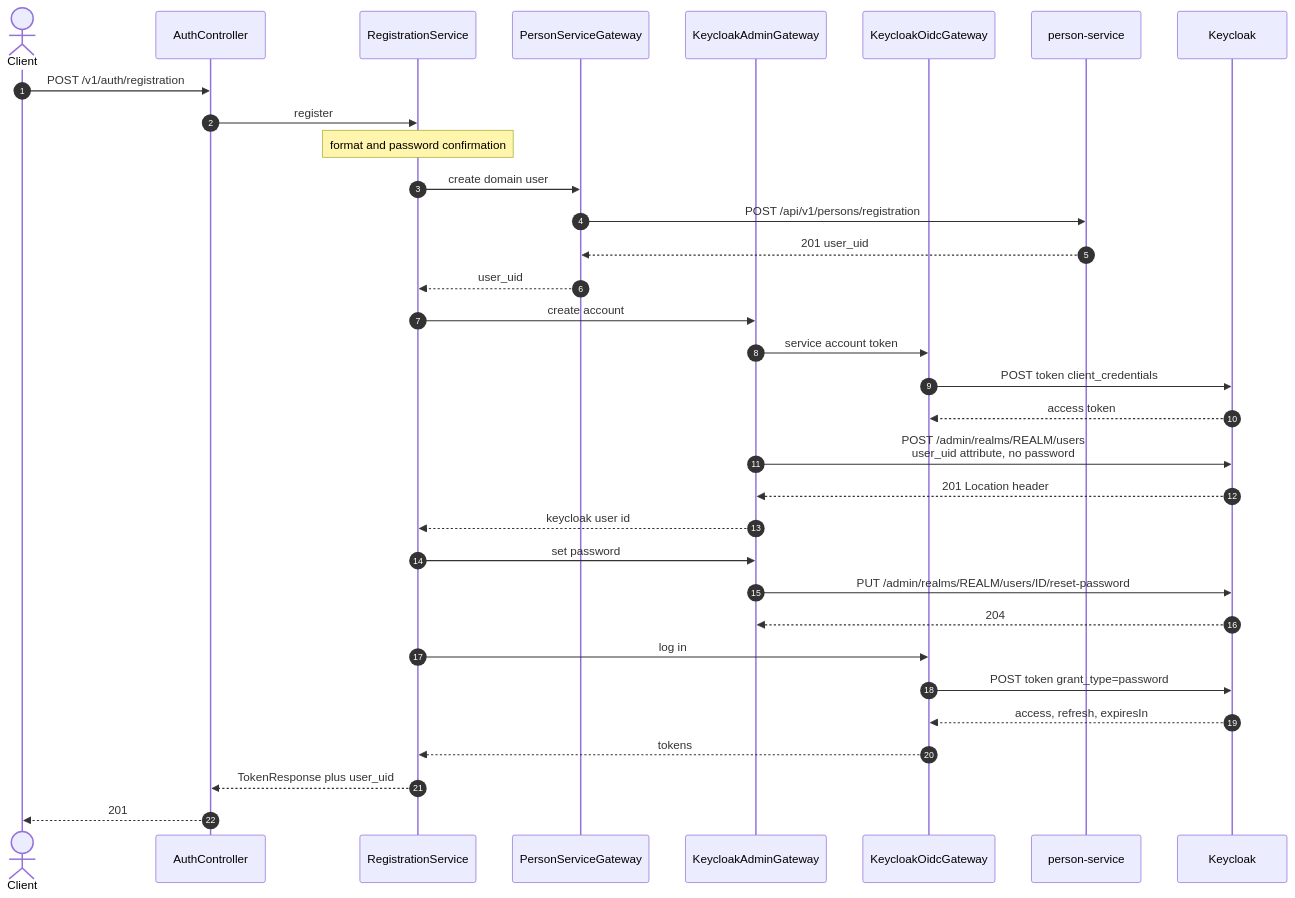
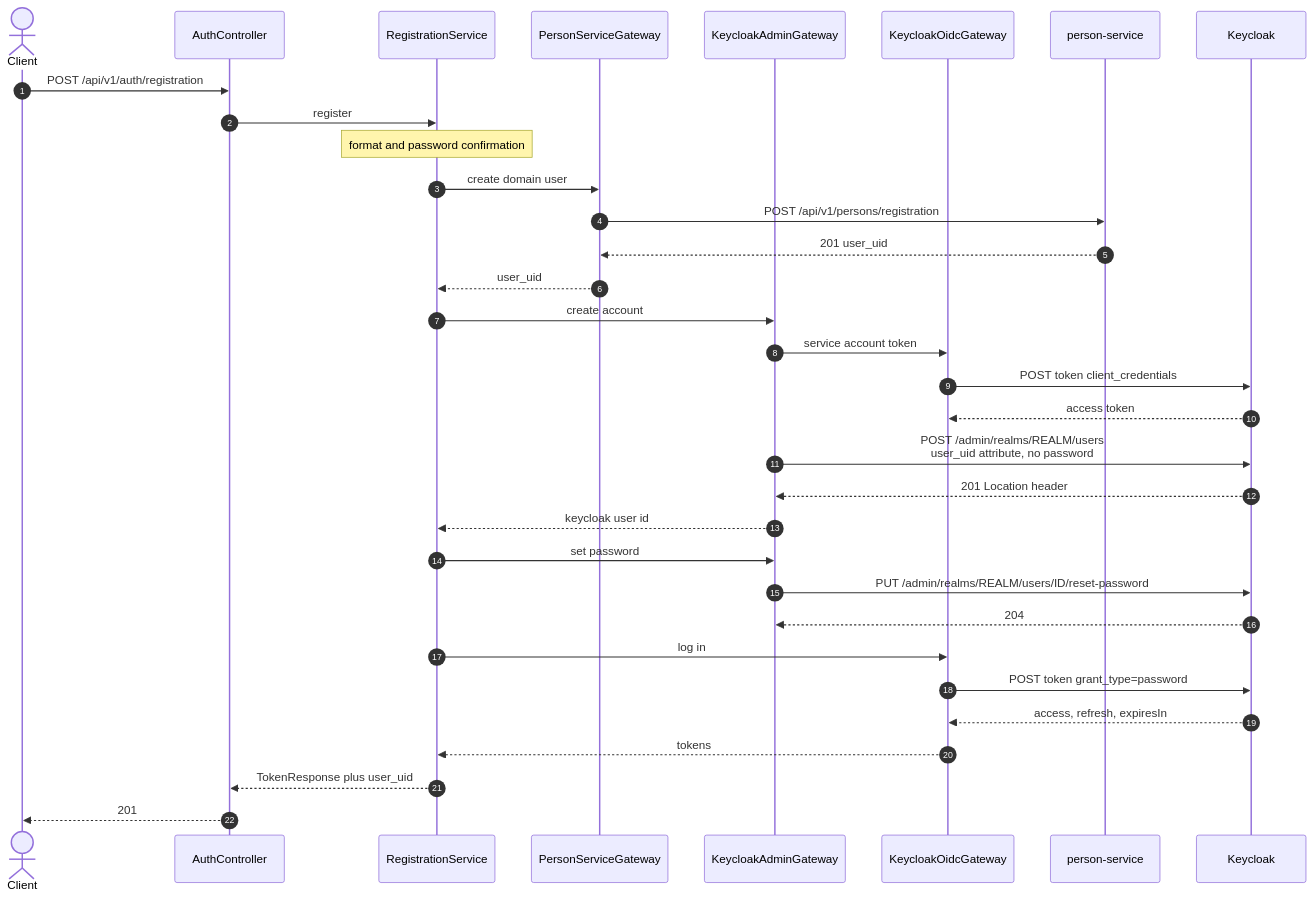
Before and after one commit to dezxxx/payment-platform: the first of 4 diagrams in CONTEXT.md, drawn with Mermaid. The commit also changed other lines of this file and 4 other files, not shown here.

````diff
--- a/CONTEXT.md
+++ b/CONTEXT.md
@@ -446,36 +446,36 @@
 ```mermaid
 sequenceDiagram
     autonumber
     actor Client
     participant Ctl as AuthController
     participant Svc as RegistrationService
     participant PGw as PersonServiceGateway
     participant AGw as KeycloakAdminGateway
     participant OGw as KeycloakOidcGateway
     participant Ps as person-service
     participant Kc as Keycloak
 
-    Client->>Ctl: POST /v1/auth/registration
+    Client->>Ctl: POST /api/v1/auth/registration
     Ctl->>Svc: register
     Note over Svc: format and password confirmation
     Svc->>PGw: create domain user
     PGw->>Ps: POST /api/v1/persons/registration
     Ps-->>PGw: 201 user_uid
     PGw-->>Svc: user_uid
     Svc->>AGw: create account
     AGw->>OGw: service account token
     OGw->>Kc: POST token client_credentials
     Kc-->>OGw: access token
     AGw->>Kc: POST /admin/realms/REALM/users<br/>user_uid attribute, no password
     Kc-->>AGw: 201 Location header
     AGw-->>Svc: keycloak user id
     Svc->>AGw: set password
     AGw->>Kc: PUT /admin/realms/REALM/users/ID/reset-password
     Kc-->>AGw: 204
     Svc->>OGw: log in
     OGw->>Kc: POST token grant_type=password
     Kc-->>OGw: access, refresh, expiresIn
     OGw-->>Svc: tokens
     Svc-->>Ctl: TokenResponse plus user_uid
     Ctl-->>Client: 201
 ```
````
